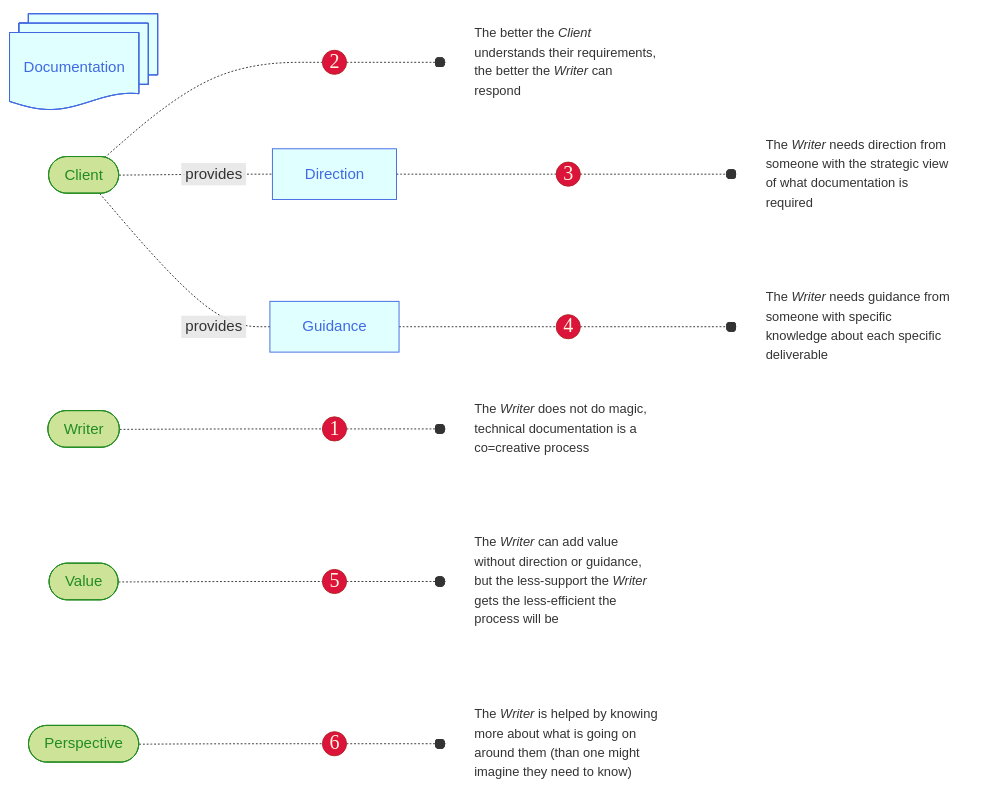
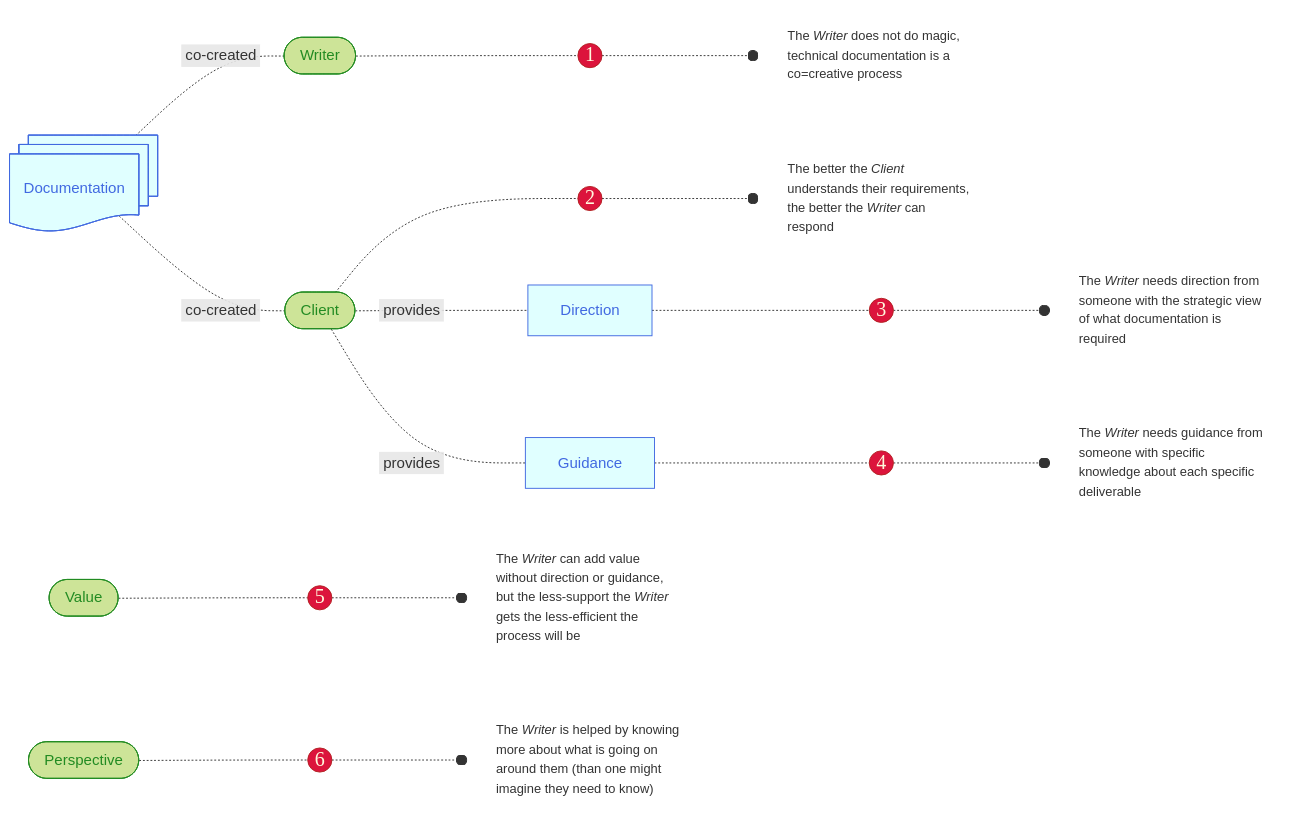
Before and after one commit to joe-dorward/samples: the diagram in contract_v2.md, drawn with Mermaid.

````diff
--- a/contract_v2.md
+++ b/contract_v2.md
@@ -1,71 +1,77 @@
 ```mermaid
 flowchart LR
 
   %% define styles
   classDef User fill:#cde498, stroke:forestgreen, color:forestgreen;
   classDef Number fill:crimson, color:cornsilk, stroke:firebrick, font-family:verdana, font-size:16pt, padding:10px;
   classDef Button fill:green, color:white;
   classDef Note fill:transparent, stroke:white, text-align:left, font-size: 95%;
 
   classDef Backend fill:mediumseagreen, stroke:white, color:honeydew;
   classDef Entity fill:lightcyan, stroke:royalblue, color:royalblue;
 
   %% ---------- ---------- ---------- ---------- ---------- ---------- ---------- ---------- ---------- ----------
   DOCUMENTATION_01@{ shape: docs, label: "Documentation"}
   class DOCUMENTATION_01 Entity
-
   %% ---------- ---------- ---------- ---------- ---------- ---------- ---------- ---------- ---------- ----------
   1(("1")):::Number
   WRITER_01([&nbsp;Writer&nbsp;]):::User
   WRITER_01_NOTE["The <i>Writer</i> does not do magic, technical documentation is a co=creative process"]:::Note
 
   WRITER_01-.-
   1-.-o
   WRITER_01_NOTE
   %% ---------- ---------- ---------- ---------- ---------- ---------- ---------- ---------- ---------- ----------
   2(("2")):::Number
   CLIENT_01([&nbsp;Client&nbsp;]):::User
   CLIENT_01_NOTE["The better the <i>Client</i> understands their requirements, the better the <i>Writer</i> can respond"]:::Note
 
   CLIENT_01-.-
   2-.-o
   CLIENT_01_NOTE
+
+  %% ---------- ---------- ---------- ---------- ---------- ---------- ---------- ---------- ---------- ----------
+  DOCUMENTATION_01-.&nbsp;co-created&nbsp;.-
+  WRITER_01
+
+  DOCUMENTATION_01-.&nbsp;co-created&nbsp;.-
+  CLIENT_01
   %% ---------- ---------- ---------- ---------- ---------- ---------- ---------- ---------- ---------- ----------
   3(("3")):::Number
   DIRECTION_01[&nbsp;Direction&nbsp;]:::Entity
   DIRECTION_01_NOTE["The <i>Writer</i> needs direction from someone with the strategic view of what documentation is required"]:::Note
 
   DIRECTION_01-.-
   3-.-o
   DIRECTION_01_NOTE
 
   CLIENT_01-.&nbsp;provides&nbsp;.-
   DIRECTION_01
   %% ---------- ---------- ---------- ---------- ---------- ---------- ---------- ---------- ---------- ----------
   4(("4")):::Number
   GUIDANCE_01[&nbsp;Guidance&nbsp;]:::Entity
   GUIDANCE_01_NOTE["The <i>Writer</i> needs guidance from someone with specific knowledge about each specific deliverable"]:::Note
 
   GUIDANCE_01-.-
   4-.-o
   GUIDANCE_01_NOTE
 
   CLIENT_01-.&nbsp;provides&nbsp;.-
   GUIDANCE_01
   %% ---------- ---------- ---------- ---------- ---------- ---------- ---------- ---------- ---------- ----------
   5(("5")):::Number
   VALUE_01([&nbsp;Value&nbsp;]):::User
   VALUE_01_NOTE["The <i>Writer</i> can add value without direction or guidance, but the less-support the <i>Writer</i> gets the less-efficient the process will be"]:::Note
 
   VALUE_01-.-
   5-.-o
   VALUE_01_NOTE
   %% ---------- ---------- ---------- ---------- ---------- ---------- ---------- ---------- ---------- ----------
   6(("6")):::Number
   PERSPECTIVE_01([&nbsp;Perspective&nbsp;]):::User
   PERSPECTIVE_01_NOTE["The <i>Writer</i> is helped by knowing more about what is going on around them (than one might imagine they need to know)"]:::Note
 
   PERSPECTIVE_01-.-
   6-.-o
   PERSPECTIVE_01_NOTE
 ```
````
